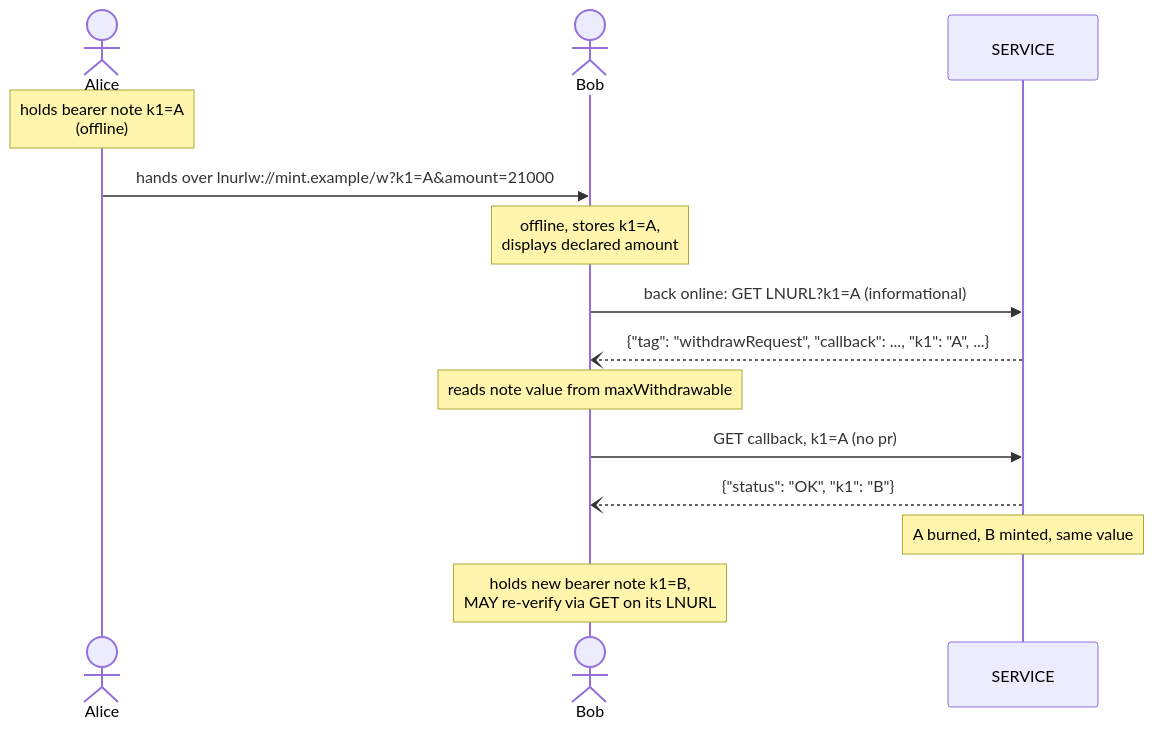
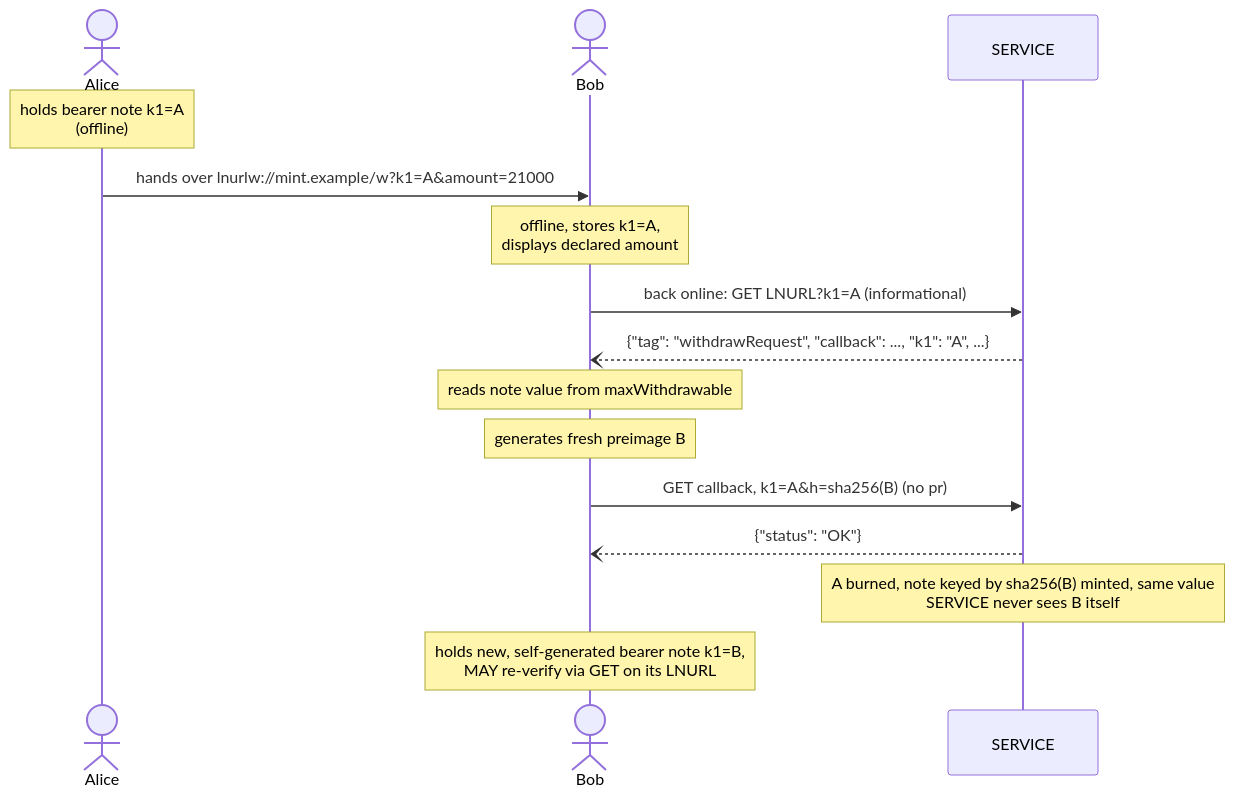
The second of 2 diagrams in 25.md (lnurl/luds), drawn with Mermaid before and after one commit. The commit also changed other lines of this file, not shown here.

Commit message:
wallet generated preimages require hashes rotate/split/combine

````diff
--- a/25.md
+++ b/25.md
@@ -104,16 +99,17 @@
 ```mermaid
 sequenceDiagram
     actor Alice
     actor Bob
     participant SERVICE
     Note over Alice: holds bearer note k1=A<br/>(offline)
     Alice->>Bob: hands over lnurlw://mint.example/w?k1=A&amount=21000
     Note over Bob: offline, stores k1=A,<br/>displays declared amount
     Bob->>SERVICE: back online: GET LNURL?k1=A (informational)
     SERVICE--)Bob: {"tag": "withdrawRequest", "callback": ..., "k1": "A", ...}
     Note over Bob: reads note value from maxWithdrawable
-    Bob->>SERVICE: GET callback, k1=A (no pr)
-    SERVICE--)Bob: {"status": "OK", "k1": "B"}
-    Note over SERVICE: A burned, B minted, same value
-    Note over Bob: holds new bearer note k1=B,<br/>MAY re-verify via GET on its LNURL
+    Note over Bob: generates fresh preimage B
+    Bob->>SERVICE: GET callback, k1=A&h=sha256(B) (no pr)
+    SERVICE--)Bob: {"status": "OK"}
+    Note over SERVICE: A burned, note keyed by sha256(B) minted, same value<br/>SERVICE never sees B itself
+    Note over Bob: holds new, self-generated bearer note k1=B,<br/>MAY re-verify via GET on its LNURL
 ```
````
